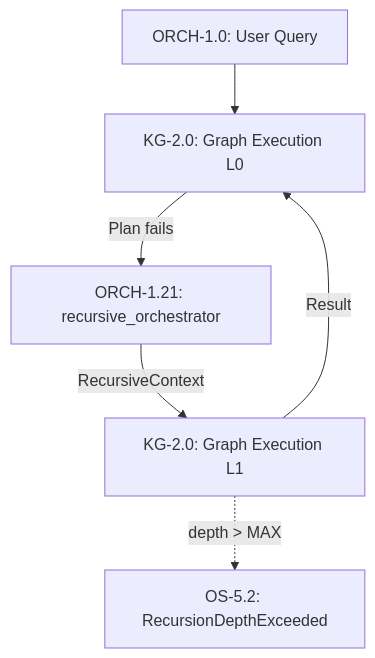
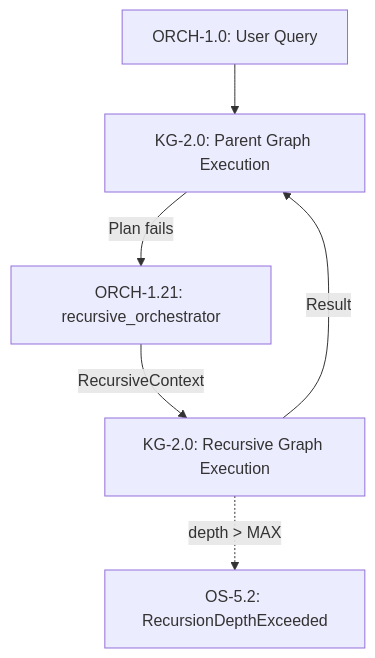
Before and after one commit to Knuckles-Team/agent-utilities: the second of 2 diagrams in docs/guides/conductor-orchestration.md, drawn with Mermaid. The commit also changed other lines of this file and 3818 other files, not shown here.

````diff
--- a/docs/guides/conductor-orchestration.md
+++ b/docs/guides/conductor-orchestration.md
@@ -128,9 +128,9 @@
 ```mermaid
 graph TD
     ERR["OS-5.2: RecursionDepthExceeded"]
-    Q["ORCH-1.0: User Query"] --> G1["KG-2.0: Graph Execution L0"]
+    Q["ORCH-1.0: User Query"] --> G1["KG-2.0: Parent Graph Execution"]
     G1 -->|Plan fails| RC["ORCH-1.21: recursive_orchestrator"]
-    RC -->|RecursiveContext| G2["KG-2.0: Graph Execution L1"]
+    RC -->|RecursiveContext| G2["KG-2.0: Recursive Graph Execution"]
     G2 -->|Result| G1
     G2 -.->|depth > MAX| ERR
 ```
````
